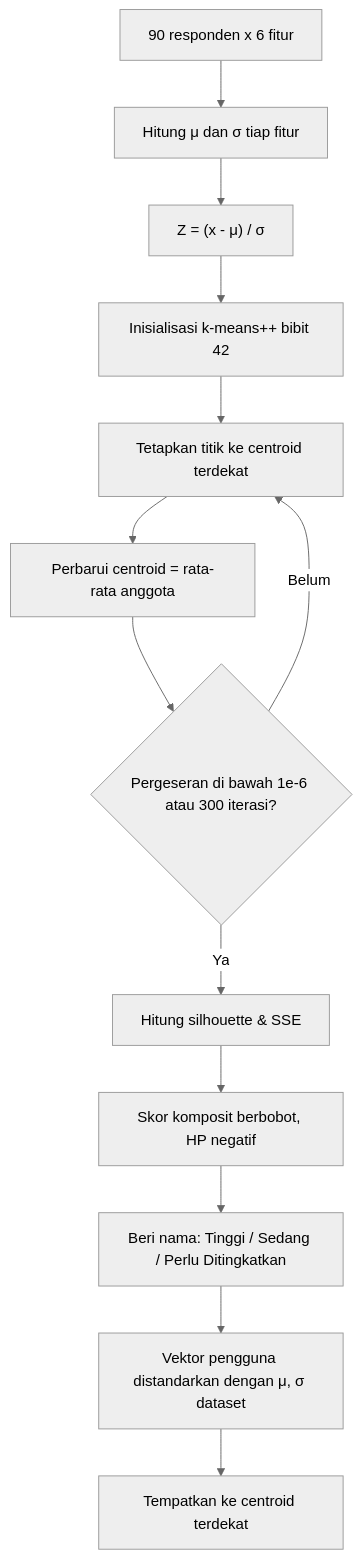
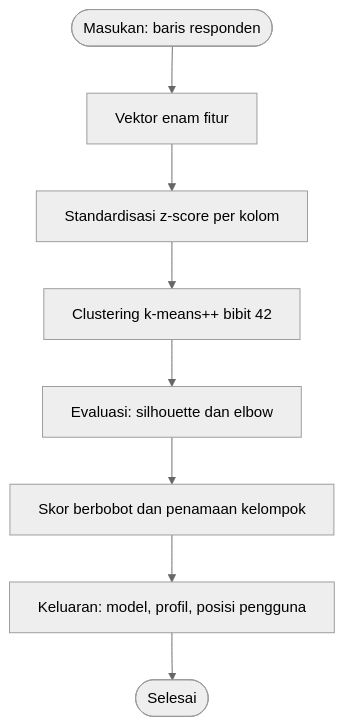
One commit to whitefoxrakka-cloud/studytrack-ssd30-progress changed the third of 3 diagrams in laporan/tahap-2-analisis-kebutuhan.md. Above: the diagram before and after it, drawn with Mermaid (neutral theme). The commit also changed other lines of this file and 10 other files, not shown here.

````diff
--- a/laporan/tahap-2-analisis-kebutuhan.md
+++ b/laporan/tahap-2-analisis-kebutuhan.md
@@ -370,15 +370,11 @@
 ```mermaid
+%%%%{init: {"flowchart": {"wrappingWidth": 340, "nodeSpacing": 45, "rankSpacing": 50}}}%%%%
 flowchart TD
-    A["90 responden x 6 fitur"] --> B["Hitung μ dan σ tiap fitur"]
-    B --> C["Z = (x - μ) / σ"]
-    C --> D["Inisialisasi k-means++ bibit 42"]
-    D --> E["Tetapkan titik ke centroid terdekat"]
-    E --> F["Perbarui centroid = rata-rata anggota"]
-    F --> G{"Pergeseran di bawah 1e-6 atau 300 iterasi?"}
-    G -- Belum --> E
-    G -- Ya --> H["Hitung silhouette & SSE"]
-    H --> I["Skor komposit berbobot, HP negatif"]
-    I --> J["Beri nama: Tinggi / Sedang / Perlu Ditingkatkan"]
-    J --> K["Vektor pengguna distandarkan dengan μ, σ dataset"]
-    K --> L["Tempatkan ke centroid terdekat"]
+    A(["Masukan: baris responden"]) --> B["Vektor enam fitur"]
+    B --> C["Standardisasi z-score per kolom"]
+    C --> D["Clustering k-means++ bibit 42"]
+    D --> E["Evaluasi: silhouette dan elbow"]
+    E --> F["Skor berbobot dan penamaan kelompok"]
+    F --> G["Keluaran: model, profil, posisi pengguna"]
+    G --> H(["Selesai"])
 ```
````
